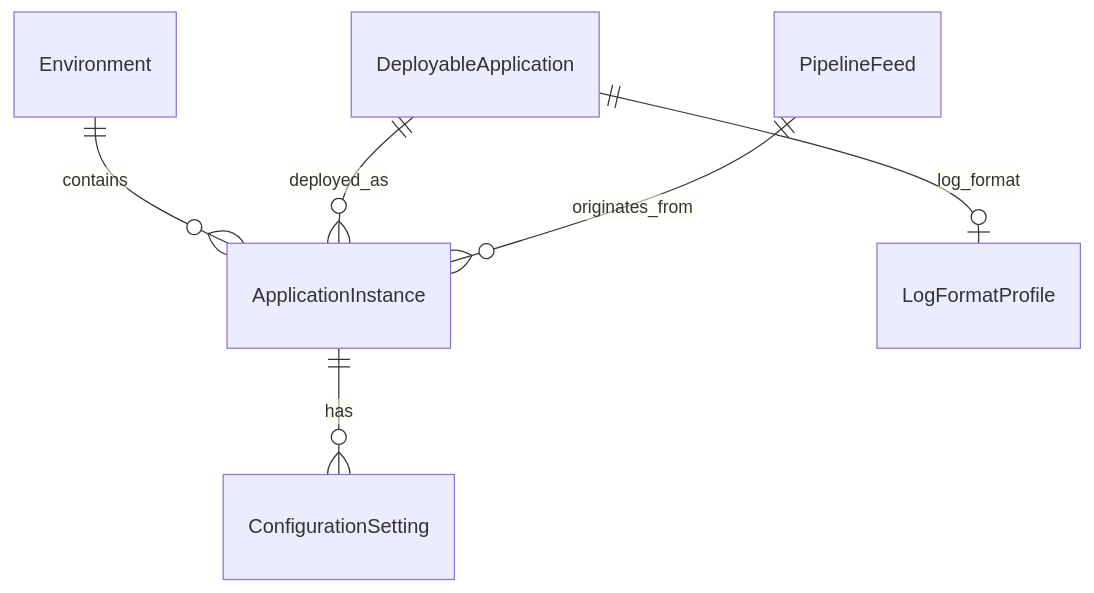
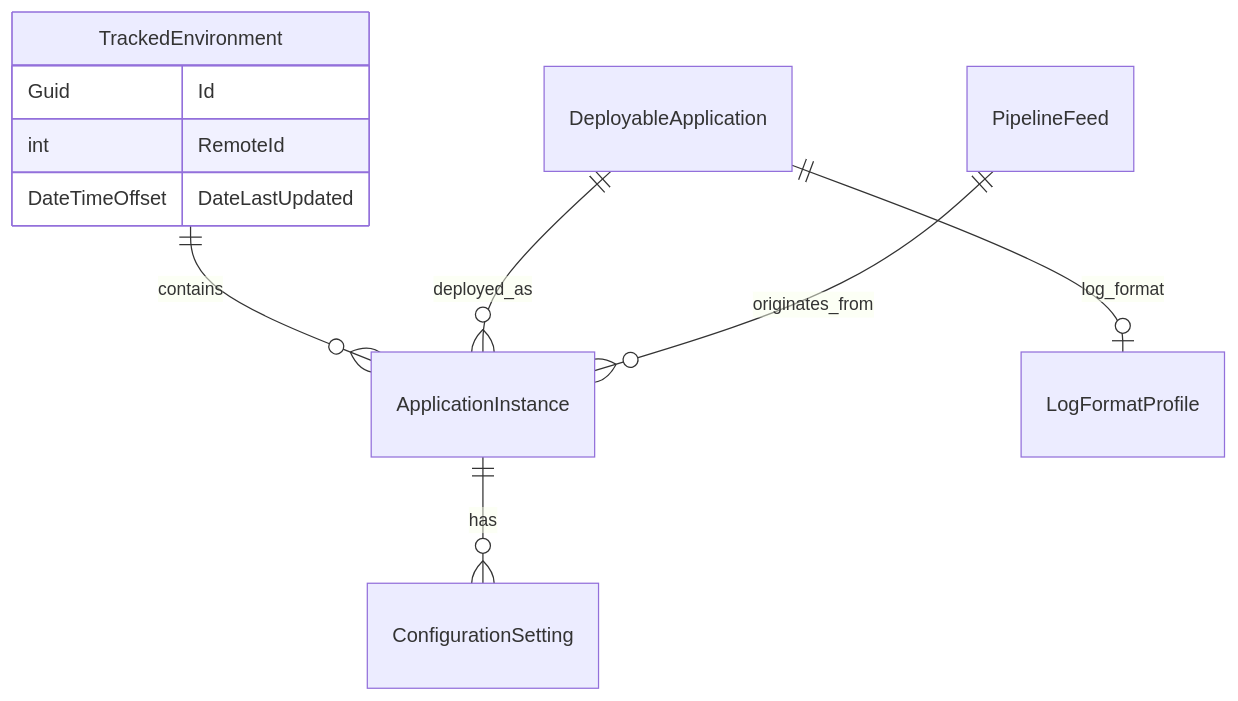
One commit to e-manual-goldstein/digital-services-dev-dash changed the diagram in docs/backlog.md. Above: the diagram before and after it, drawn with Mermaid. The commit also changed other lines of this file and 25 other files, not shown here.

````diff
--- a/docs/backlog.md
+++ b/docs/backlog.md
@@ -82,8 +81,13 @@
 ```mermaid
 erDiagram
-    Environment ||--o{ ApplicationInstance : contains
+    TrackedEnvironment ||--o{ ApplicationInstance : contains
     DeployableApplication ||--o{ ApplicationInstance : deployed_as
     PipelineFeed ||--o{ ApplicationInstance : originates_from
     DeployableApplication ||--o| LogFormatProfile : log_format
     ApplicationInstance ||--o{ ConfigurationSetting : has
+    TrackedEnvironment {
+        Guid Id
+        int RemoteId
+        DateTimeOffset DateLastUpdated
+    }
 ```
````
